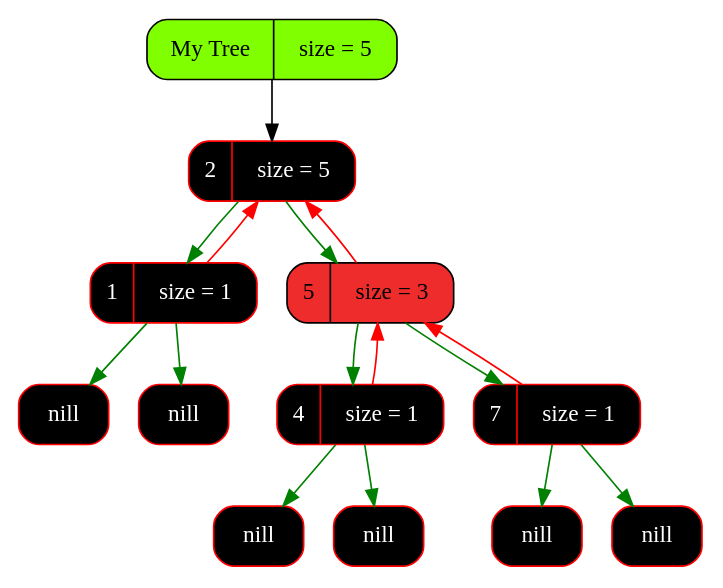
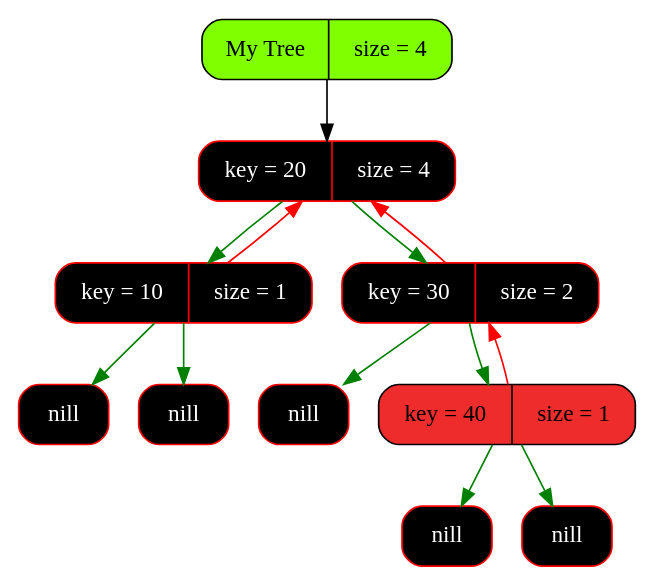
Before and after one commit to Pelmeshka127/RedBlackTree: the diagram in graphics/graph.dot, drawn with Graphviz. The commit also changed 11 other files, not shown here.

```diff
--- a/graphics/graph.dot
+++ b/graphics/graph.dot
@@ -1,33 +1,28 @@
 digraph Tree
 {
    rankdir = HR;
    node[fontsize=14];
    edge[color="black",fontcolor="blue",fontsize=12];
-   tree[shape = Mrecord, style = filled, fillcolor = "chartreuse1", label = "My Tree | size = 5"];
-   "0x137606750"[shape = Mrecord, color = "red", style = filled, fontcolor = "white", fillcolor = "black",   label = " <value> 2 | size = 5"];
-  "0x137606750" -> "0x137704080" [color = "green"];
-  "0x137704080" -> "0x137606750" [color = "red"];
-  "0x137606750" -> "0x1377041e0" [color = "green"];
-  "0x1377041e0" -> "0x137606750" [color = "red"];
-   "0x137704080"[shape = Mrecord, color = "red", style = filled, fontcolor = "white", fillcolor = "black",   label = " <value> 1 | size = 1"];
-   "0x137704080left"[shape = Mrecord, color = "red", style = filled, fontcolor = "white", fillcolor = "black",   label = " <value> nill"];
-  "0x137704080" -> "0x137704080left" [color = "green"];
-   "0x137704080right"[shape = Mrecord, color = "red", style = filled, fontcolor = "white", fillcolor = "black",   label = " <value> nill"];
-  "0x137704080" -> "0x137704080right" [color = "green"];
-  "0x1377041e0"[shape = Mrecord, color = "black", style = filled, fillcolor = "firebrick2",   label = " <value> 5 | size = 3"];
-  "0x1377041e0" -> "0x137704180" [color = "green"];
-  "0x137704180" -> "0x1377041e0" [color = "red"];
-  "0x1377041e0" -> "0x1377041b0" [color = "green"];
-  "0x1377041b0" -> "0x1377041e0" [color = "red"];
-   "0x137704180"[shape = Mrecord, color = "red", style = filled, fontcolor = "white", fillcolor = "black",   label = " <value> 4 | size = 1"];
-   "0x137704180left"[shape = Mrecord, color = "red", style = filled, fontcolor = "white", fillcolor = "black",   label = " <value> nill"];
-  "0x137704180" -> "0x137704180left" [color = "green"];
-   "0x137704180right"[shape = Mrecord, color = "red", style = filled, fontcolor = "white", fillcolor = "black",   label = " <value> nill"];
-  "0x137704180" -> "0x137704180right" [color = "green"];
-   "0x1377041b0"[shape = Mrecord, color = "red", style = filled, fontcolor = "white", fillcolor = "black",   label = " <value> 7 | size = 1"];
-   "0x1377041b0left"[shape = Mrecord, color = "red", style = filled, fontcolor = "white", fillcolor = "black",   label = " <value> nill"];
-  "0x1377041b0" -> "0x1377041b0left" [color = "green"];
-   "0x1377041b0right"[shape = Mrecord, color = "red", style = filled, fontcolor = "white", fillcolor = "black",   label = " <value> nill"];
-  "0x1377041b0" -> "0x1377041b0right" [color = "green"];
-   tree -> "0x137606750" [color = "gray0"];
+   tree[shape = Mrecord, style = filled, fillcolor = "chartreuse1", label = "My Tree | size = 4"];
+   "0x147606780"[shape = Mrecord, color = "red", style = filled, fontcolor = "white", fillcolor = "black",   label = " key = 20 | size = 4"];
+  "0x147606780" -> "0x147606750" [color = "green"];
+  "0x147606750" -> "0x147606780" [color = "red"];
+  "0x147606780" -> "0x147704080" [color = "green"];
+  "0x147704080" -> "0x147606780" [color = "red"];
+   "0x147606750"[shape = Mrecord, color = "red", style = filled, fontcolor = "white", fillcolor = "black",   label = " key = 10 | size = 1"];
+   "0x147606750left"[shape = Mrecord, color = "red", style = filled, fontcolor = "white", fillcolor = "black",   label = " <value> nill"];
+  "0x147606750" -> "0x147606750left" [color = "green"];
+   "0x147606750right"[shape = Mrecord, color = "red", style = filled, fontcolor = "white", fillcolor = "black",   label = " <value> nill"];
+  "0x147606750" -> "0x147606750right" [color = "green"];
+   "0x147704080"[shape = Mrecord, color = "red", style = filled, fontcolor = "white", fillcolor = "black",   label = " key = 30 | size = 2"];
+   "0x147704080left"[shape = Mrecord, color = "red", style = filled, fontcolor = "white", fillcolor = "black",   label = " <value> nill"];
+  "0x147704080" -> "0x147704080left" [color = "green"];
+  "0x147704080" -> "0x148004080" [color = "green"];
+  "0x148004080" -> "0x147704080" [color = "red"];
+  "0x148004080"[shape = Mrecord, color = "black", style = filled, fillcolor = "firebrick2",   label = " key = 40 | size = 1"];
+   "0x148004080left"[shape = Mrecord, color = "red", style = filled, fontcolor = "white", fillcolor = "black",   label = " <value> nill"];
+  "0x148004080" -> "0x148004080left" [color = "green"];
+   "0x148004080right"[shape = Mrecord, color = "red", style = filled, fontcolor = "white", fillcolor = "black",   label = " <value> nill"];
+  "0x148004080" -> "0x148004080right" [color = "green"];
+   tree -> "0x147606780" [color = "gray0"];
 }
```
